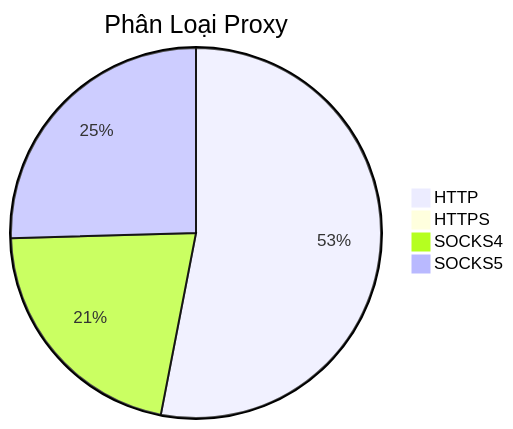
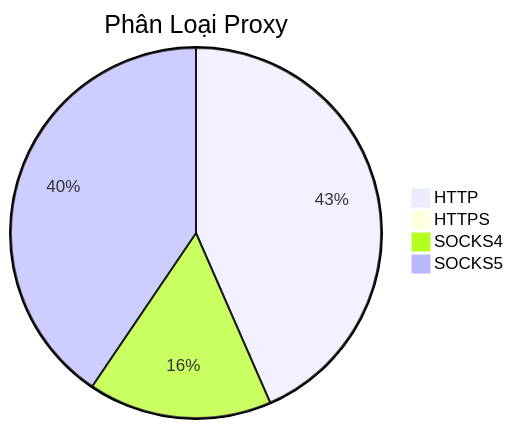
Before and after one commit to Ciara-Aa/PROXY-free: the diagram in README.md, drawn with Mermaid. The commit also changed other lines of this file and 4 other files, not shown here.

````diff
--- a/README.md
+++ b/README.md
@@ -26,7 +26,7 @@
 ```mermaid
 pie title Phân Loại Proxy
-    "HTTP" : 444
-    "HTTPS" : 3
-    "SOCKS4" : 180
-    "SOCKS5" : 213
+    "HTTP" : 493
+    "HTTPS" : 2
+    "SOCKS4" : 182
+    "SOCKS5" : 460
 ```
````
